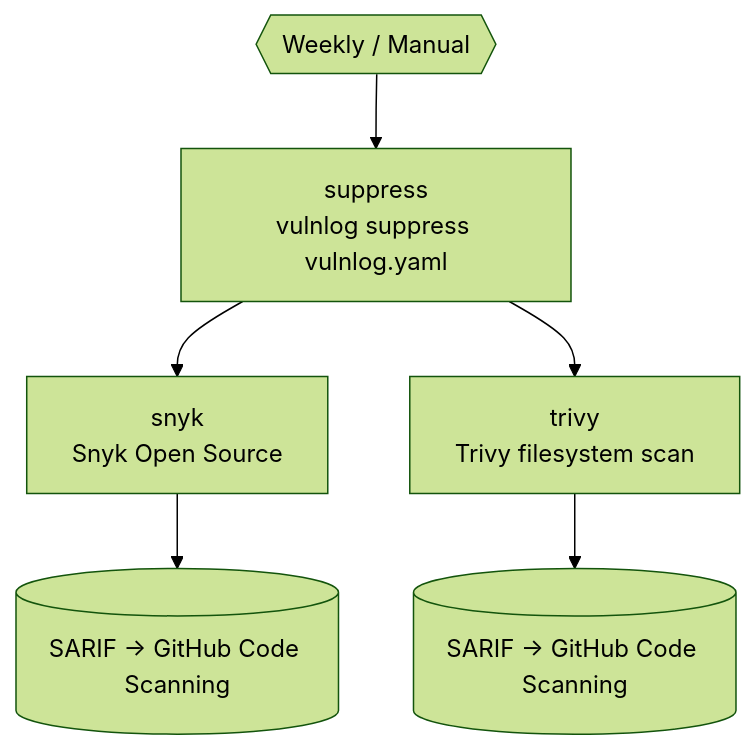
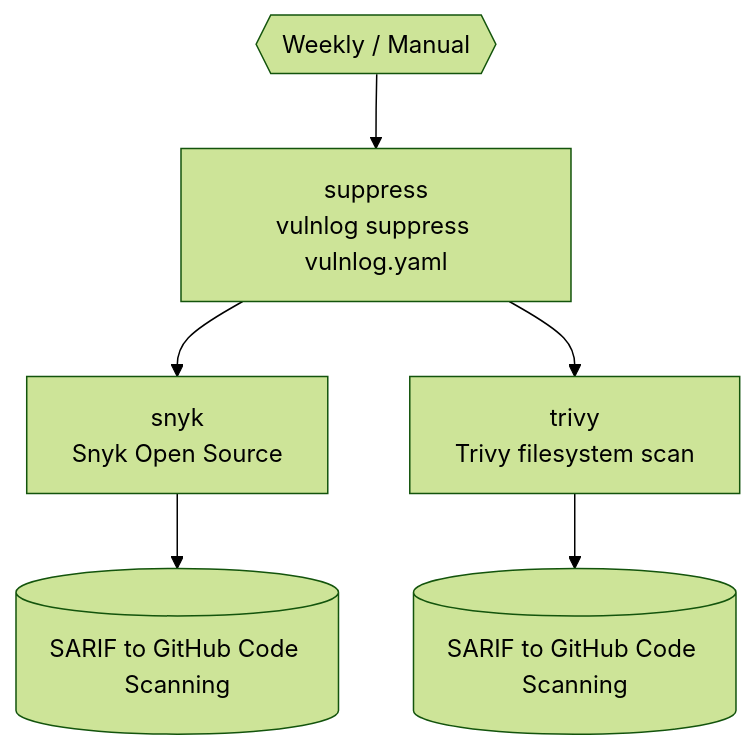
Before and after one commit to vulnlog/vulnlog: the third of 3 diagrams in devdoc/GitHub-Action-Pipelines.md, drawn with Mermaid (forest theme). The commit also changed other lines of this file and 9 other files, not shown here.

````diff
--- a/devdoc/GitHub-Action-Pipelines.md
+++ b/devdoc/GitHub-Action-Pipelines.md
@@ -107,9 +146,9 @@
 ```mermaid
 flowchart TD
     SCH{{Weekly / Manual}}
     SCH --> SUP[suppress<br/>vulnlog suppress vulnlog.yaml]
     SUP --> SNYK[snyk<br/>Snyk Open Source]
     SUP --> TRV[trivy<br/>Trivy filesystem scan]
-    SNYK --> SARIF1[(SARIF -> GitHub Code Scanning)]
-    TRV --> SARIF2[(SARIF -> GitHub Code Scanning)]
+    SNYK --> SARIF1[(SARIF to GitHub Code Scanning)]
+    TRV --> SARIF2[(SARIF to GitHub Code Scanning)]
 ```
````
